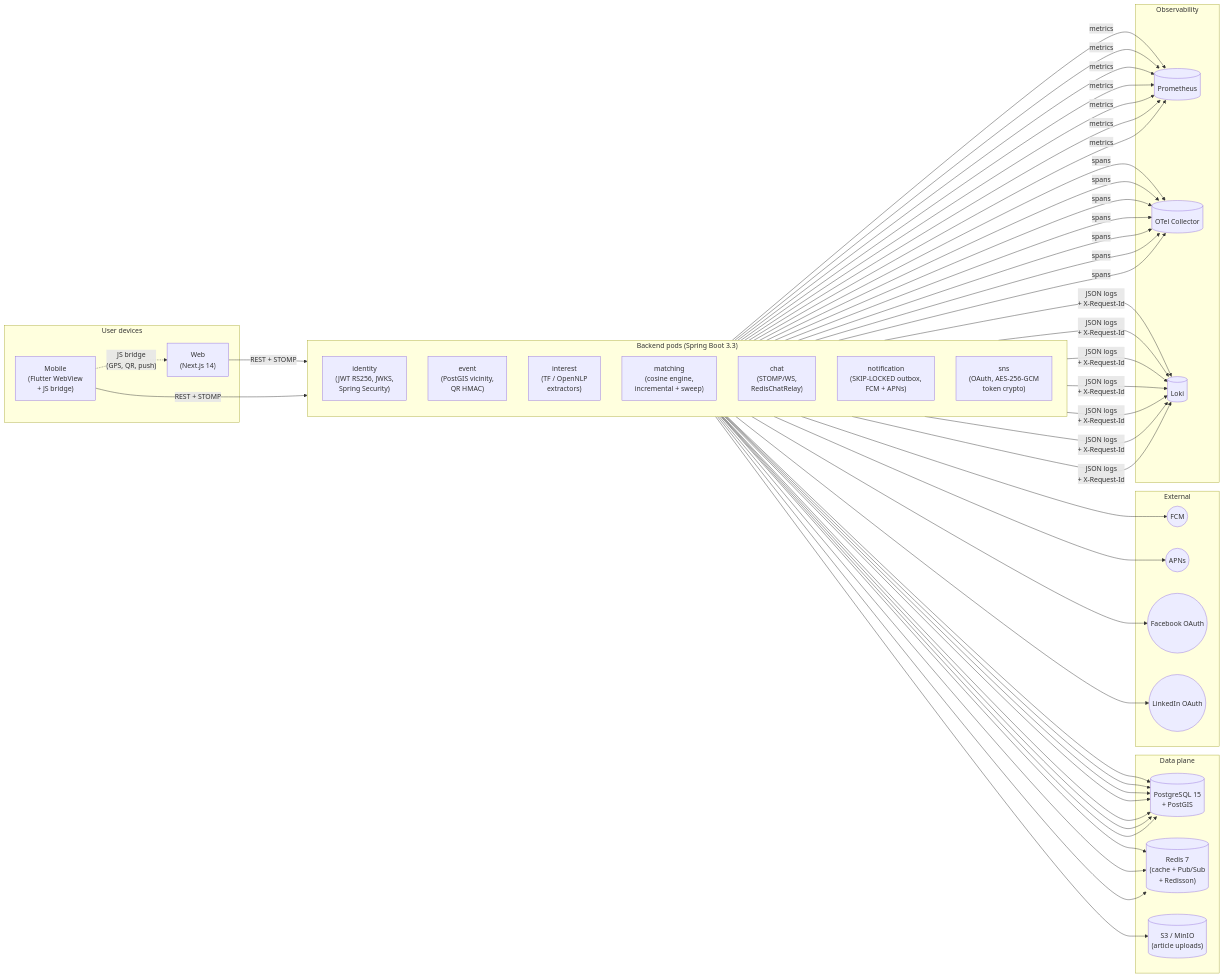
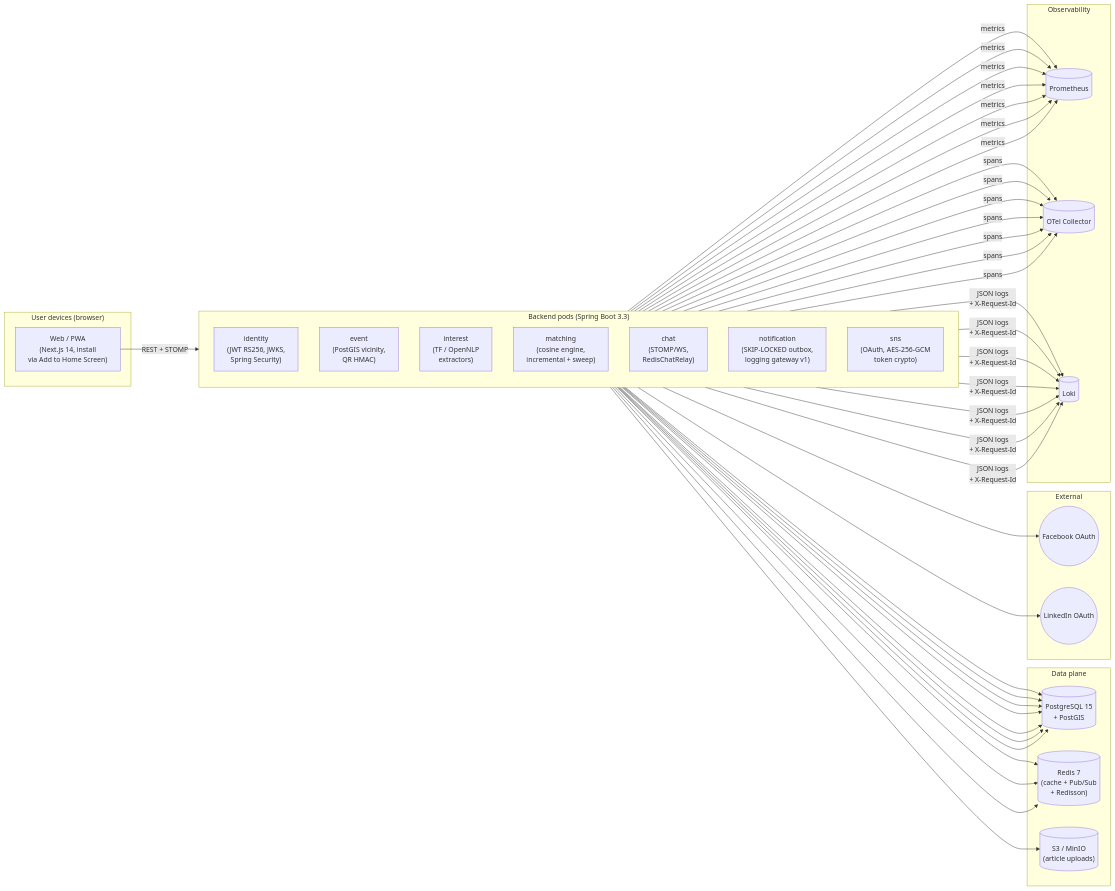
One commit to Anirach/sns-conference-tool changed the first of 7 diagrams in README.md. Above: the diagram before and after it, drawn with Mermaid. The commit also changed other lines of this file and 62 other files, not shown here.

````diff
--- a/README.md
+++ b/README.md
@@ -45,53 +45,46 @@
 ```mermaid
 flowchart LR
-    subgraph User devices
-        Web["Web<br/>(Next.js 14)"]
-        Mobile["Mobile<br/>(Flutter WebView<br/>+ JS bridge)"]
+    subgraph "User devices (browser)"
+        Web["Web / PWA<br/>(Next.js 14, install<br/>via Add to Home Screen)"]
     end
 
     subgraph "Backend pods (Spring Boot 3.3)"
         direction TB
         AuthSvc["identity<br/>(JWT RS256, JWKS,<br/>Spring Security)"]
         EventSvc["event<br/>(PostGIS vicinity,<br/>QR HMAC)"]
         InterestSvc["interest<br/>(TF / OpenNLP<br/>extractors)"]
         MatchingSvc["matching<br/>(cosine engine,<br/>incremental + sweep)"]
         ChatSvc["chat<br/>(STOMP/WS,<br/>RedisChatRelay)"]
-        NotifSvc["notification<br/>(SKIP-LOCKED outbox,<br/>FCM + APNs)"]
+        NotifSvc["notification<br/>(SKIP-LOCKED outbox,<br/>logging gateway v1)"]
         SnsSvc["sns<br/>(OAuth, AES-256-GCM<br/>token crypto)"]
     end
 
     subgraph "Data plane"
         PG[("PostgreSQL 15<br/>+ PostGIS")]
         Redis[("Redis 7<br/>(cache + Pub/Sub<br/>+ Redisson)")]
         S3[("S3 / MinIO<br/>(article uploads)")]
     end
 
     subgraph "External"
-        FCM(("FCM"))
-        APNs(("APNs"))
         FB(("Facebook OAuth"))
         LI(("LinkedIn OAuth"))
     end
 
     subgraph "Observability"
         Prom[(Prometheus)]
         OTel[(OTel Collector)]
         Loki[(Loki)]
     end
 
-    Web    -->|REST + STOMP| AuthSvc
-    Mobile -->|REST + STOMP| AuthSvc
-    Mobile -.->|"JS bridge<br/>(GPS, QR, push)"| Web
+    Web -->|REST + STOMP| AuthSvc
 
     AuthSvc & EventSvc & InterestSvc & MatchingSvc & ChatSvc & NotifSvc & SnsSvc --> PG
     EventSvc & ChatSvc & NotifSvc --> Redis
     InterestSvc --> S3
-    NotifSvc --> FCM
-    NotifSvc --> APNs
     SnsSvc --> FB
     SnsSvc --> LI
 
     AuthSvc & EventSvc & InterestSvc & MatchingSvc & ChatSvc & NotifSvc & SnsSvc -->|metrics| Prom
     AuthSvc & EventSvc & InterestSvc & MatchingSvc & ChatSvc & NotifSvc & SnsSvc -->|spans| OTel
     AuthSvc & EventSvc & InterestSvc & MatchingSvc & ChatSvc & NotifSvc & SnsSvc -->|JSON logs<br/>+ X-Request-Id| Loki
 ```
````
